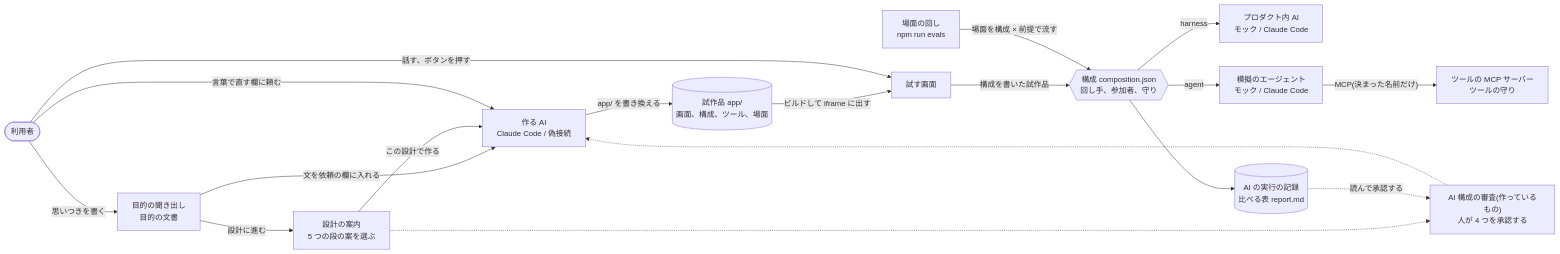
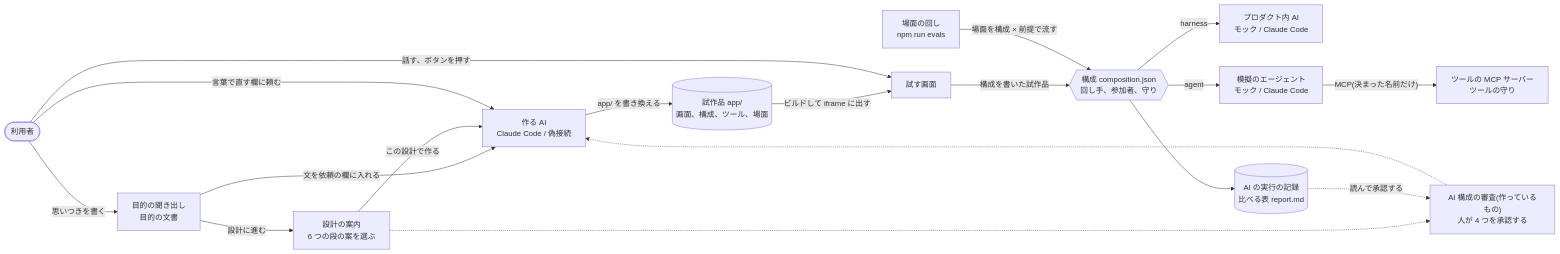
One commit to jyoka/agent-prototype-studio changed the diagram in README.md. Above: the diagram before and after it, drawn with Mermaid. The commit also changed other lines of this file and 21 other files, not shown here.

````diff
--- a/README.md
+++ b/README.md
@@ -23,18 +23,18 @@
 ```mermaid
 flowchart LR
     you(["利用者"]) -- "思いつきを書く" --> intent["目的の聞き出し<br/>目的の文書"]
     intent -- "文を依頼の欄に入れる" --> maker
-    intent -- "設計に進む" --> design["設計の案内<br/>5 つの段の案を選ぶ"] -- "この設計で作る" --> maker
+    intent -- "設計に進む" --> design["設計の案内<br/>6 つの段の案を選ぶ"] -- "この設計で作る" --> maker
     design -.-> review["AI 構成の審査(作っているもの)<br/>人が 4 つを承認する"] -.-> maker
     you -- "言葉で直す欄に頼む" --> maker["作る AI<br/>Claude Code / 偽接続"]
     maker -- "app/ を書き換える" --> app[("試作品 app/<br/>画面、構成、ツール、場面")]
     app -- "ビルドして iframe に出す" --> try["試す画面"]
     you -- "話す、ボタンを押す" --> try
     try -- "構成を書いた試作品" --> comp{{"構成 composition.json<br/>回し手、参加者、守り"}}
     evals["場面の回し<br/>npm run evals"] -- "場面を構成 × 前提で流す" --> comp
     comp -- "harness" --> pai["プロダクト内 AI<br/>モック / Claude Code"]
     comp -- "agent" --> sim["模擬のエージェント<br/>モック / Claude Code"]
     sim -- "MCP(決まった名前だけ)" --> tools["ツールの MCP サーバー<br/>ツールの守り"]
     comp --> trace[("AI の実行の記録<br/>比べる表 report.md")]
     trace -. "読んで承認する" .-> review
 ```
````
